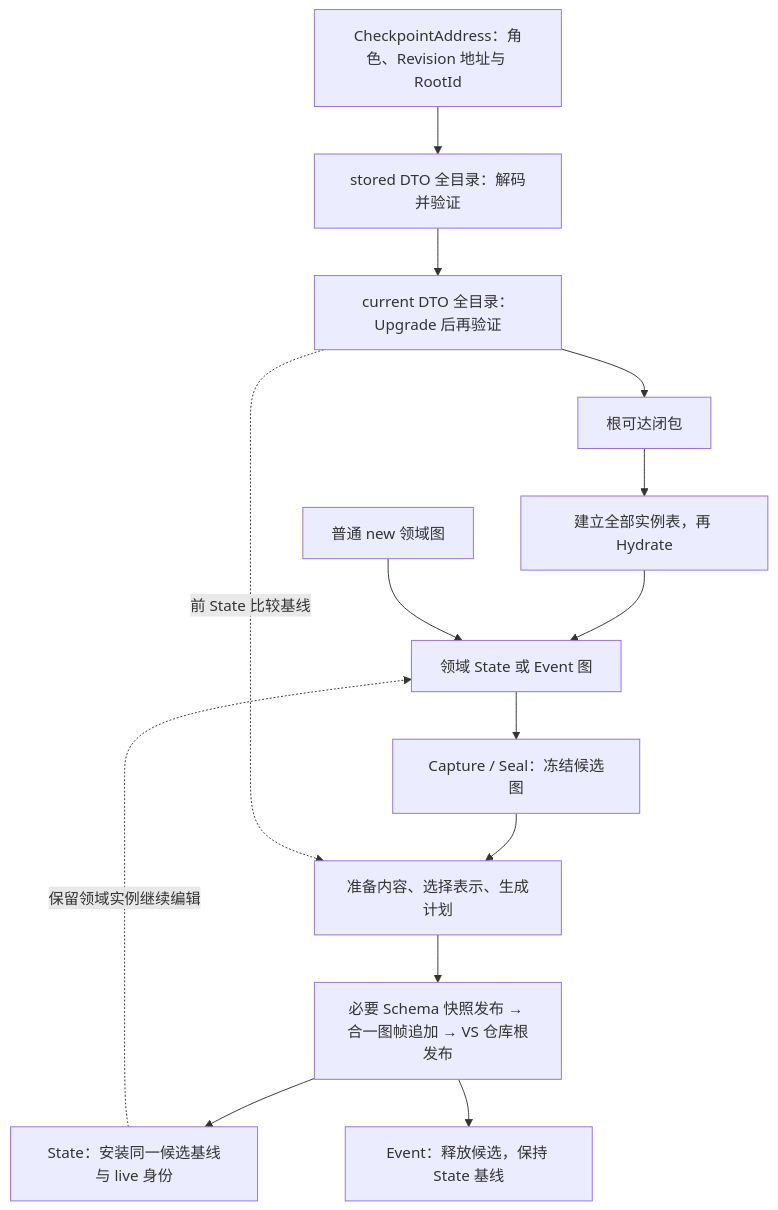
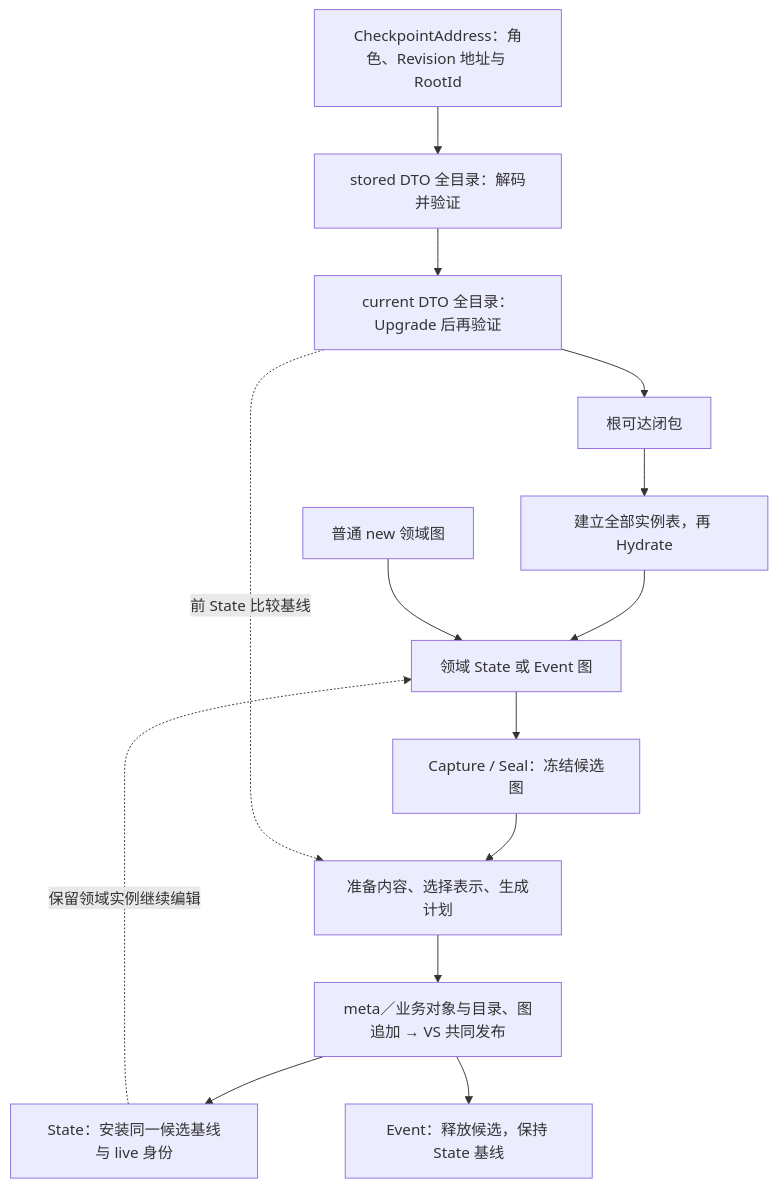
The diagram in docs/DurableGraph-glossary.md (Atelia-org/durable-graph), drawn with Mermaid before and after one commit. The commit also changed other lines of this file and 108 other files, not shown here.

````diff
--- a/docs/DurableGraph-glossary.md
+++ b/docs/DurableGraph-glossary.md
@@ -86,16 +86,16 @@
 ```mermaid
 flowchart TD
     R["CheckpointAddress：角色、Revision 地址与 RootId"] --> D["stored DTO 全目录：解码并验证"]
     D --> N["current DTO 全目录：Upgrade 后再验证"]
     N --> C["根可达闭包"]
     C --> A["建立全部实例表，再 Hydrate"]
     A --> W["领域 State 或 Event 图"]
     New["普通 new 领域图"] --> W
     W --> F["Capture / Seal：冻结候选图"]
     F --> P["准备内容、选择表示、生成计划"]
     N -. "前 State 比较基线" .-> P
-    P --> S["必要 Schema 快照发布 → 合一图帧追加 → VS 仓库根发布"]
+    P --> S["meta／业务对象与目录、图追加 → VS 共同发布"]
     S --> I["State：安装同一候选基线与 live 身份"]
     S --> E["Event：释放候选，保持 State 基线"]
     I -. "保留领域实例继续编辑" .-> W
 ```
````
